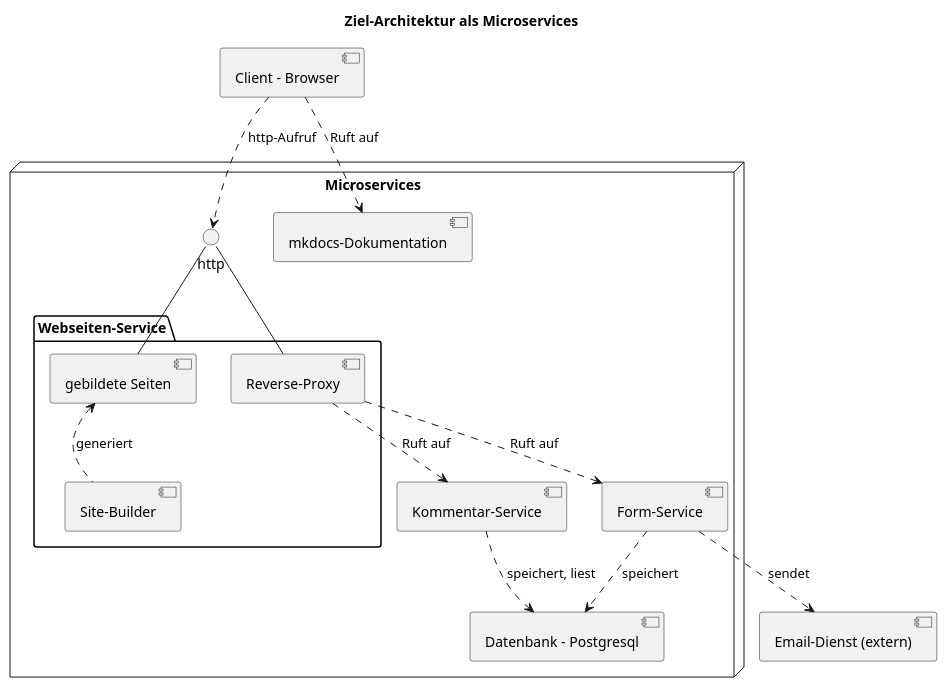
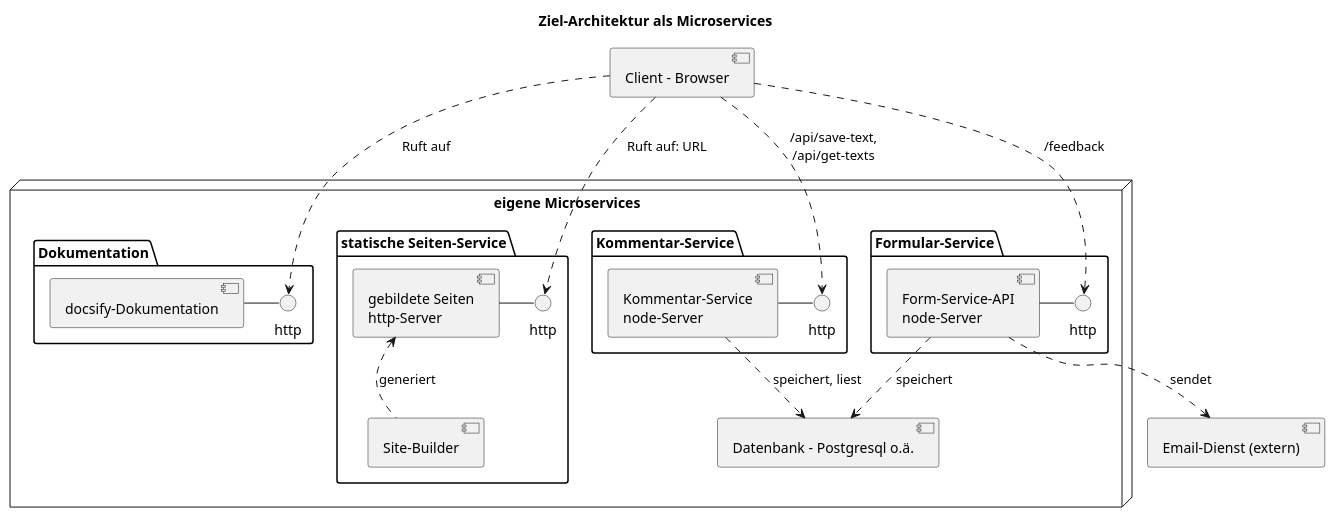
Before and after one commit to bylexus/m347-dienste-mit-containern-unterricht: the diagram in 001_start/microservice_arch.puml, drawn with PlantUML. The commit also changed 41 other files, not shown here.

```diff
--- a/001_start/microservice_arch.puml
+++ b/001_start/microservice_arch.puml
@@ -2,30 +1,41 @@
-@startuml
+@startuml microservice_arch
 title Ziel-Architektur als Microservices
 
 [Client - Browser] as client
-node "Microservices" {
-	() http as http_interface
-	package "Webseiten-Service" as static_site {
-		[gebildete Seiten] as build_site
+node "eigene Microservices" {
+	package "Dokumentation" {
+		() http as http_doc
+		[docsify-Dokumentation] as doc
+		doc -right- http_doc
+	}
+	package "statische Seiten-Service" as static_site {
+		[gebildete Seiten\nhttp-Server] as build_site
+		() http as http_site
+		build_site -right- http_site
 		[Site-Builder] as site_builder
-		[Reverse-Proxy] as proxy
 	}
-	[Form-Service] as form_backend
-	[Kommentar-Service] as comment_backend
-	[Datenbank - Postgresql] as db
-	[mkdocs-Dokumentation] as doc
+	package "Kommentar-Service" as comment_backend {
+		[Kommentar-Service\nnode-Server] as comment_service
+		() http as http_comment
+		comment_service -right- http_comment
+	}
+	package "Formular-Service" as form_backend {
+		[Form-Service-API\nnode-Server] as form_service
+		() http as http_form
+		form_service -right- http_form
+	}
+	[Datenbank - Postgresql o.ä.] as db
+
 }
 
 [Email-Dienst (extern)] as email
 
-client ..> http_interface: http-Aufruf
-http_interface -- build_site
-http_interface -- proxy
-client ..> doc: Ruft auf
-proxy ..> form_backend: Ruft auf
-proxy ..> comment_backend: Ruft auf
-form_backend ..> email: sendet
-form_backend ..> db: speichert
-comment_backend ..> db: speichert, liest
+client ..> http_site: Ruft auf: URL
+client ..> http_doc: Ruft auf
+client ..> http_form: /feedback
+client ..> http_comment: /api/save-text,\n/api/get-texts
+form_service ..> email: sendet
+form_service ..> db: speichert
+comment_service ..> db: speichert, liest
 site_builder .up.> build_site: generiert
 @enduml
```
